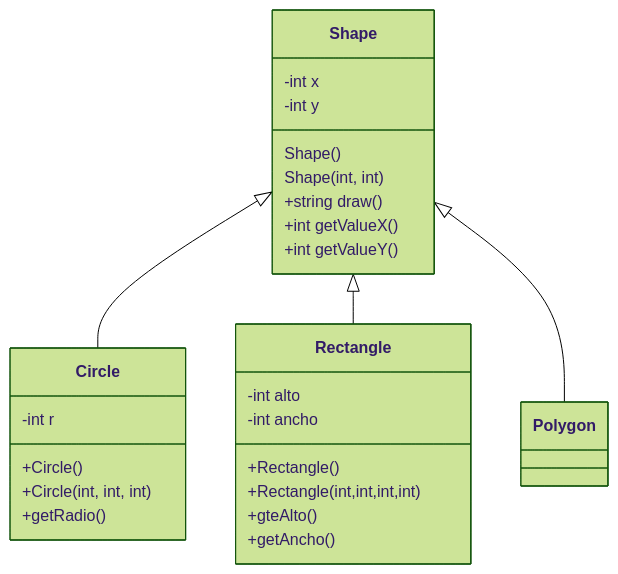
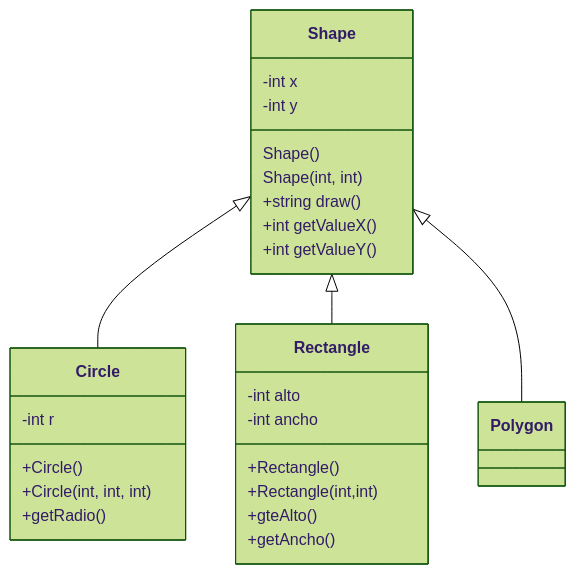
One commit to pao2114/TC1030.cpp.herencia changed the first of 2 diagrams in assignments/01-ShapeCircleRectanglePolygon/README.md. Above: the diagram before and after it, drawn with Mermaid (forest theme).

````diff
--- a/assignments/01-ShapeCircleRectanglePolygon/README.md
+++ b/assignments/01-ShapeCircleRectanglePolygon/README.md
@@ -5,31 +5,31 @@
 ```mermaid
 classDiagram
       Shape <|-- Circle
       Shape <|-- Rectangle
       Shape <|-- Polygon
       Shape:-int x
       Shape:-int y
       Shape:Shape()
       Shape:Shape(int, int)
       Shape:+string draw()
       Shape:+int getValueX()
       Shape:+int getValueY()
       class Circle {
         -int r
         +Circle()
         +Circle(int, int, int)
         +getRadio()
       }
       class Rectangle { 
          -int alto
          -int ancho
          +Rectangle()
-         +Rectangle(int,int,int,int)
+         +Rectangle(int,int)
          +gteAlto()
          +getAncho()       
       }
       class Polygon {
       }
         
 
 ```
````
